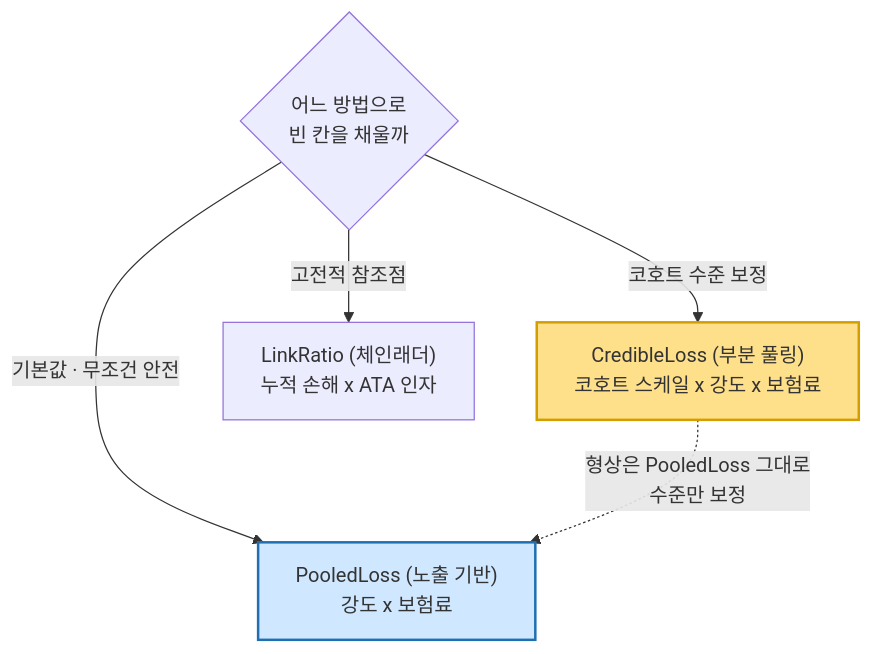
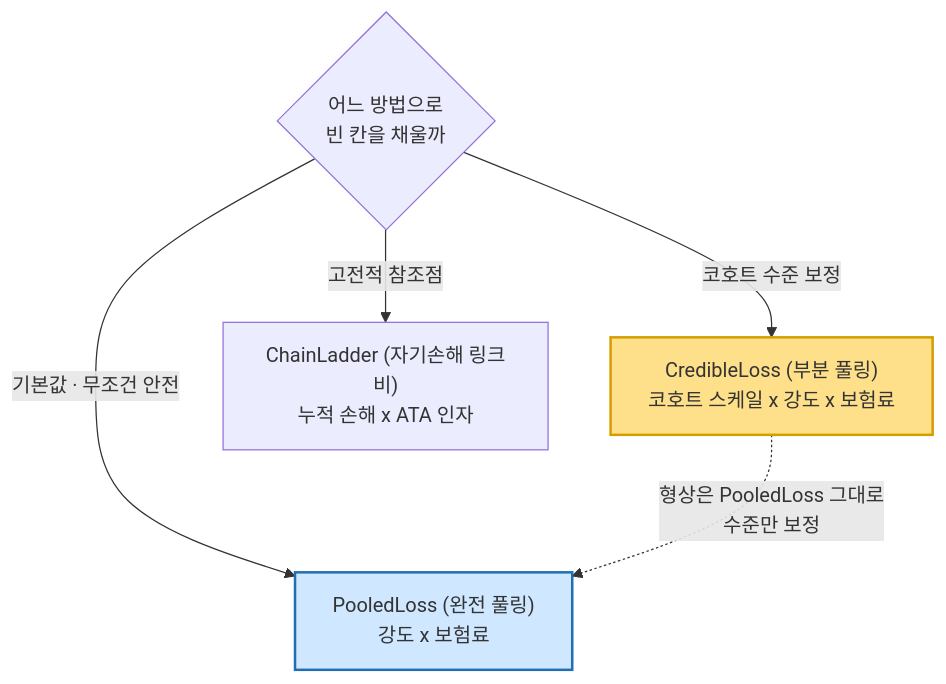
Before and after one commit to seokhoonj/lossratio: the diagram in docs/tutorial/04-projection.md, drawn with Mermaid. The commit also changed other lines of this file and 62 other files, not shown here.

First line of the commit message:
refactor: adopt ChainLadder; isolate factor/form/estimator naming layers across loss and premium

````diff
--- a/docs/tutorial/04-projection.md
+++ b/docs/tutorial/04-projection.md
@@ -31,10 +31,10 @@
 ```{mermaid}
 flowchart TD
   Q{"어느 방법으로<br/>빈 칸을 채울까"}
-  Q -->|"기본값 · 무조건 안전"| ED["PooledLoss (노출 기반)<br/>강도 x 보험료"]
-  Q -->|"코호트 수준 보정"| CS["CredibleLoss (부분 풀링)<br/>코호트 스케일 x 강도 x 보험료"]
-  Q -->|"고전적 참조점"| CL["LinkRatio (체인래더)<br/>누적 손해 x ATA 인자"]
-  CS -.->|"형상은 PooledLoss 그대로<br/>수준만 보정"| ED
-  style ED fill:#cfe8ff,stroke:#1f6fb2,stroke-width:2px
-  style CS fill:#ffe08a,stroke:#d39e00,stroke-width:2px
+  Q -->|"기본값 · 무조건 안전"| pooled["PooledLoss (완전 풀링)<br/>강도 x 보험료"]
+  Q -->|"코호트 수준 보정"| credible["CredibleLoss (부분 풀링)<br/>코호트 스케일 x 강도 x 보험료"]
+  Q -->|"고전적 참조점"| linkratio["ChainLadder (자기손해 링크비)<br/>누적 손해 x ATA 인자"]
+  credible -.->|"형상은 PooledLoss 그대로<br/>수준만 보정"| pooled
+  style pooled fill:#cfe8ff,stroke:#1f6fb2,stroke-width:2px
+  style credible fill:#ffe08a,stroke:#d39e00,stroke-width:2px
 ```
````
